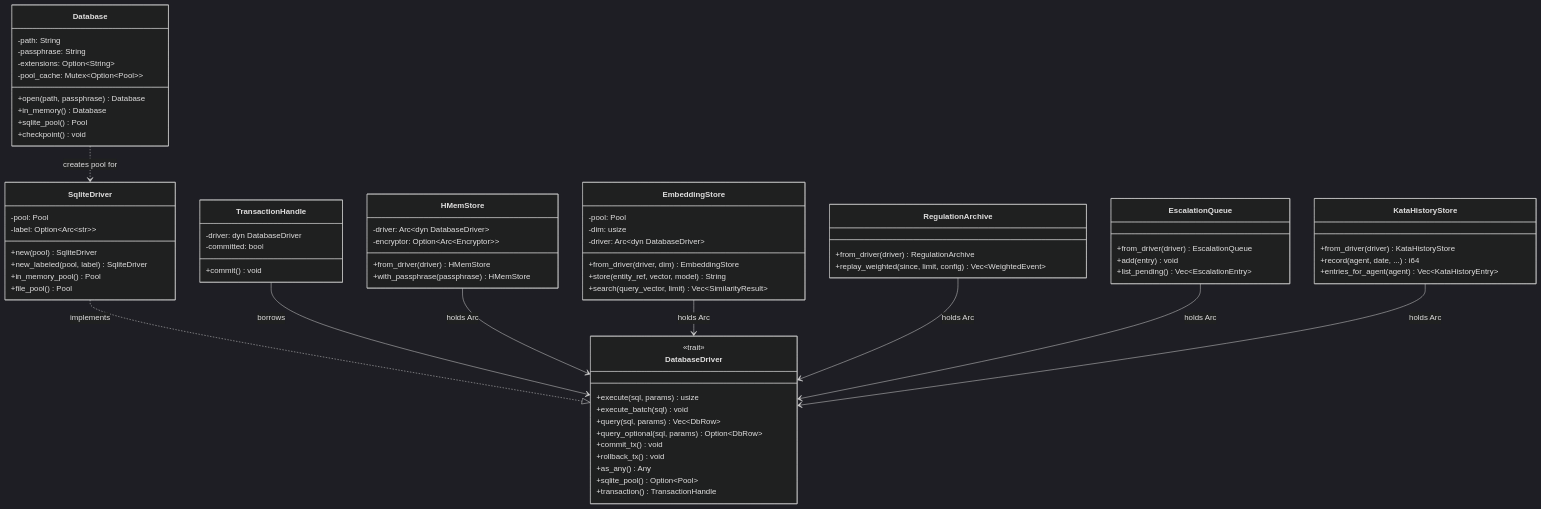
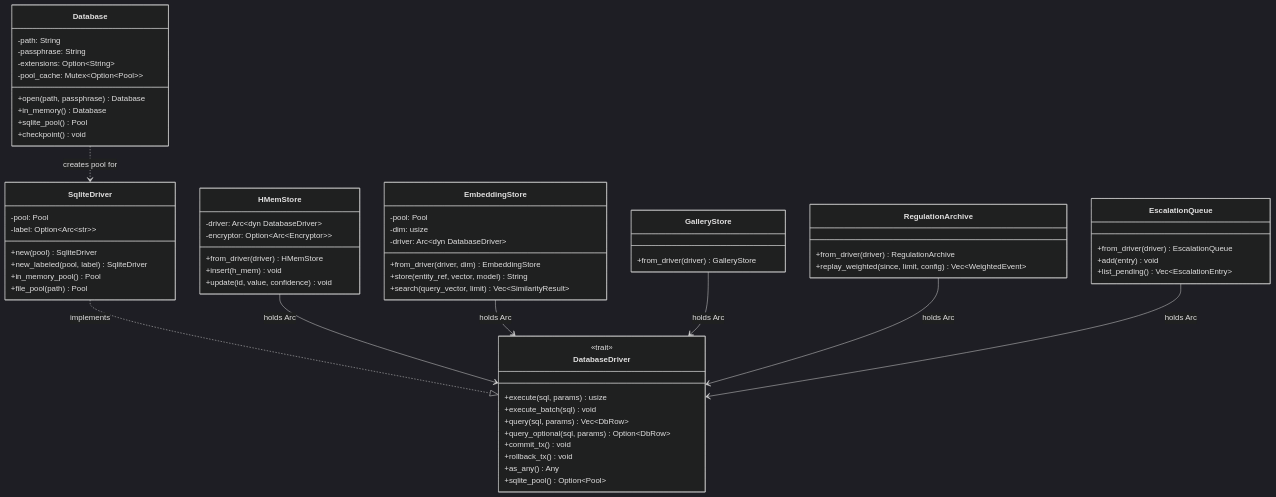
The first of 2 diagrams in kask/docs/diataxis/hkask-storage/reference.md (mdz-axo/zed-kask), drawn with Mermaid (dark theme) before and after one commit. The commit also changed other lines of this file and 41 other files, not shown here.

````diff
--- a/kask/docs/diataxis/hkask-storage/reference.md
+++ b/kask/docs/diataxis/hkask-storage/reference.md
@@ -111,77 +96,67 @@
 ```mermaid
 classDiagram
     class Database {
         -path: String
         -passphrase: String
         -extensions: Option~String~
         -pool_cache: Mutex~Option~Pool~~
         +open(path, passphrase) Database
         +in_memory() Database
         +sqlite_pool() Pool
         +checkpoint() void
     }
     class DatabaseDriver {
         <<trait>>
         +execute(sql, params) usize
         +execute_batch(sql) void
         +query(sql, params) Vec~DbRow~
         +query_optional(sql, params) Option~DbRow~
         +commit_tx() void
         +rollback_tx() void
         +as_any() Any
         +sqlite_pool() Option~Pool~
-        +transaction() TransactionHandle
     }
     class SqliteDriver {
         -pool: Pool
         -label: Option~Arc~str~~
         +new(pool) SqliteDriver
         +new_labeled(pool, label) SqliteDriver
         +in_memory_pool() Pool
-        +file_pool() Pool
-    }
-    class TransactionHandle {
-        -driver: dyn DatabaseDriver
-        -committed: bool
-        +commit() void
+        +file_pool(path) Pool
     }
     class HMemStore {
         -driver: Arc~dyn DatabaseDriver~
         -encryptor: Option~Arc~Encryptor~~
         +from_driver(driver) HMemStore
-        +with_passphrase(passphrase) HMemStore
+        +insert(h_mem) void
+        +update(id, value, confidence) void
     }
     class EmbeddingStore {
         -pool: Pool
         -dim: usize
         -driver: Arc~dyn DatabaseDriver~
         +from_driver(driver, dim) EmbeddingStore
         +store(entity_ref, vector, model) String
         +search(query_vector, limit) Vec~SimilarityResult~
     }
-
+    class GalleryStore {
+        +from_driver(driver) GalleryStore
+    }
     class RegulationArchive {
         +from_driver(driver) RegulationArchive
         +replay_weighted(since, limit, config) Vec~WeightedEvent~
     }
     class EscalationQueue {
         +from_driver(driver) EscalationQueue
         +add(entry) void
         +list_pending() Vec~EscalationEntry~
     }
-    class KataHistoryStore {
-        +from_driver(driver) KataHistoryStore
-        +record(agent, date, ...) i64
-        +entries_for_agent(agent) Vec~KataHistoryEntry~
-    }
 
     Database ..> SqliteDriver : creates pool for
     SqliteDriver ..|> DatabaseDriver : implements
-    TransactionHandle --> DatabaseDriver : borrows
     HMemStore --> DatabaseDriver : holds Arc
     EmbeddingStore --> DatabaseDriver : holds Arc
-
+    GalleryStore --> DatabaseDriver : holds Arc
     RegulationArchive --> DatabaseDriver : holds Arc
     EscalationQueue --> DatabaseDriver : holds Arc
-    KataHistoryStore --> DatabaseDriver : holds Arc
 ```
````
